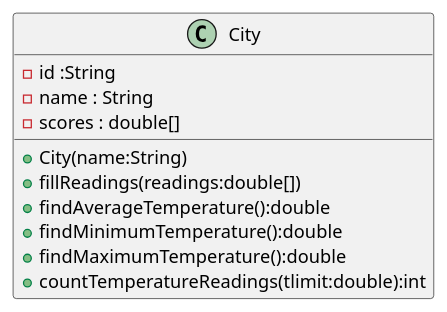
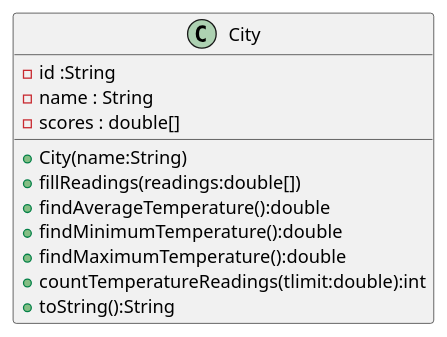
One commit to caia-techblr/java-examples changed the diagram in Notes/Lab-Experiments/Lab-5/README.md. Above: the diagram before and after it, drawn with PlantUML. The commit also changed other lines of this file, not shown here.

```diff
--- a/Notes/Lab-Experiments/Lab-5/README.md
+++ b/Notes/Lab-Experiments/Lab-5/README.md
@@ -53,13 +54,14 @@
 @startuml
 class City {
     - id :String
     - name : String
     - scores : double[] 
     + City(name:String)
     + fillReadings(readings:double[])
     + findAverageTemperature():double
     + findMinimumTemperature():double
     + findMaximumTemperature():double
     + countTemperatureReadings(tlimit:double):int
+    + toString():String
 }
 @enduml
```
